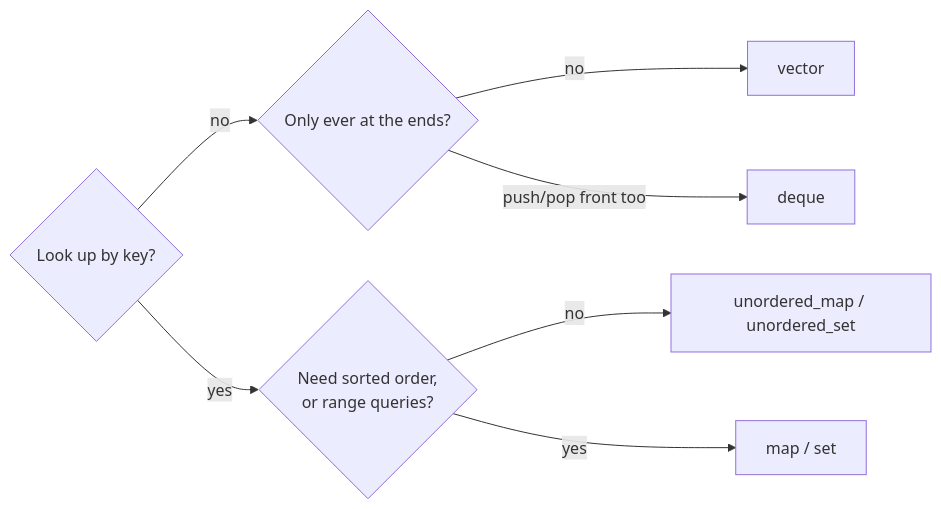
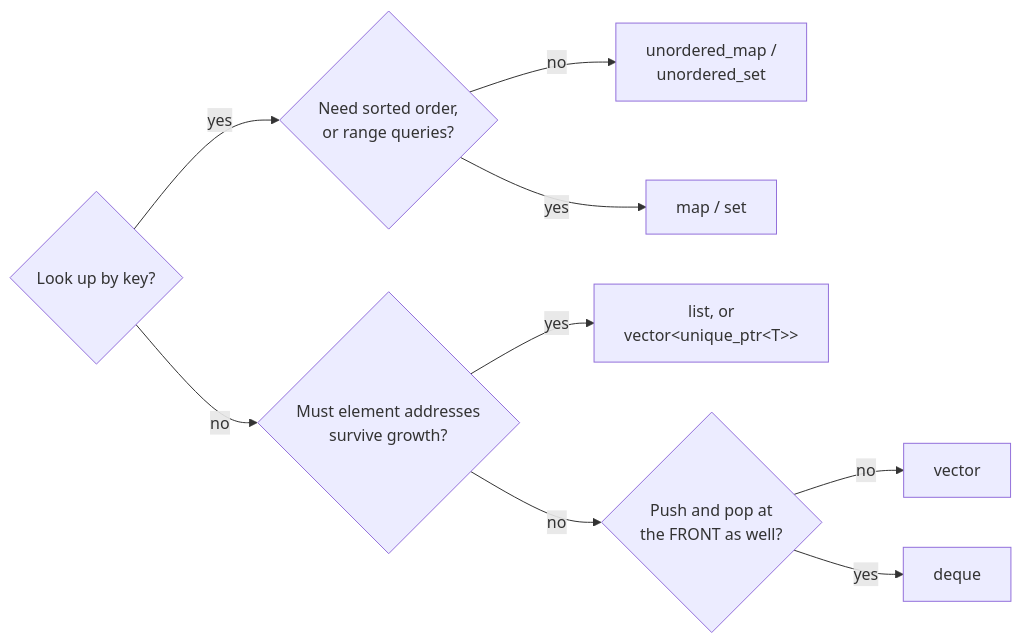
Before and after one commit to mkhomutov/going-unmanaged: the first of 4 diagrams in book/H-choosing.md, drawn with Mermaid. The commit also changed other lines of this file and 15 other files, not shown here.

````diff
--- a/book/H-choosing.md
+++ b/book/H-choosing.md
@@ -23,9 +26,11 @@
 ```mermaid
 flowchart LR
-    S{"Look up by key?"} -- no --> Q{"Only ever at the ends?"}
-    S -- yes --> O{"Need sorted order,<br/>or range queries?"}
-    Q -- no --> V["vector"]
-    Q -- "push/pop front too" --> D["deque"]
-    O -- no --> U["unordered_map / unordered_set"]
+    S{"Look up by key?"} -- yes --> O{"Need sorted order,<br/>or range queries?"}
+    S -- no --> A{"Must element addresses<br/>survive growth?"}
+    O -- no --> U["unordered_map /<br/>unordered_set"]
     O -- yes --> M["map / set"]
+    A -- yes --> L["list, or<br/>vector&lt;unique_ptr&lt;T&gt;&gt;"]
+    A -- no --> F{"Push and pop at<br/>the FRONT as well?"}
+    F -- no --> V["vector"]
+    F -- yes --> D["deque"]
 ```
````
